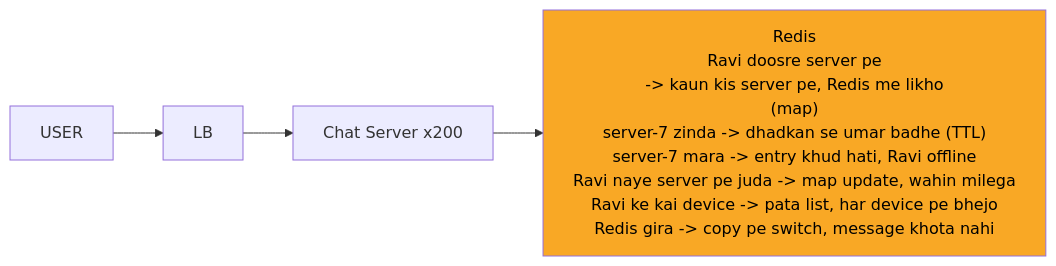
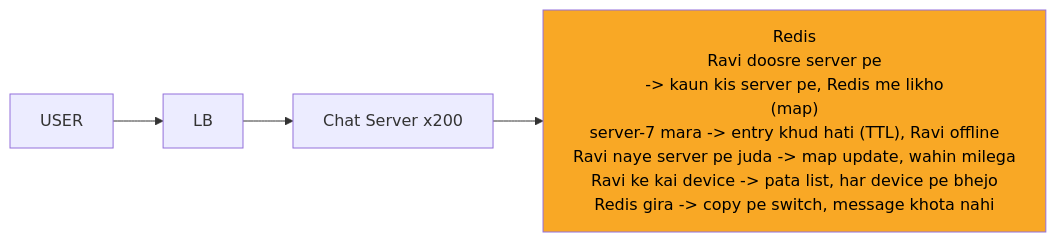
Before and after one commit to ArpanMaheshwari144/Prep: the third of 12 diagrams in 04_HLD/SYSTEM_DESIGNS/14_chat_messaging/14_chat_messaging.md, drawn with Mermaid.

Commit message:
chat card 2: Redis dabba 8 line

````diff
--- a/04_HLD/SYSTEM_DESIGNS/14_chat_messaging/14_chat_messaging.md
+++ b/04_HLD/SYSTEM_DESIGNS/14_chat_messaging/14_chat_messaging.md
@@ -161,12 +161,12 @@
 ```mermaid
 %%{init: {"flowchart": {"wrappingWidth": 450}}}%%
 flowchart LR
     n_U["USER"]
     n_LB["LB"]
     n_CS["Chat Server x200"]
-    n_R["Redis<br/>Ravi doosre server pe<br/>-> kaun kis server pe, Redis me likho<br/>(map)<br/>server-7 zinda -> dhadkan se umar badhe (TTL)<br/>server-7 mara -> entry khud hati, Ravi offline<br/>Ravi naye server pe juda -> map update, wahin milega<br/>Ravi ke kai device -> pata list, har device pe bhejo<br/>Redis gira -> copy pe switch, message khota nahi"]
+    n_R["Redis<br/>Ravi doosre server pe<br/>-> kaun kis server pe, Redis me likho<br/>(map)<br/>server-7 mara -> entry khud hati (TTL), Ravi offline<br/>Ravi naye server pe juda -> map update, wahin milega<br/>Ravi ke kai device -> pata list, har device pe bhejo<br/>Redis gira -> copy pe switch, message khota nahi"]
     n_U --> n_LB
     n_LB --> n_CS
     n_CS --> n_R
     style n_R fill:#f9a825,color:#000
 ```
````
